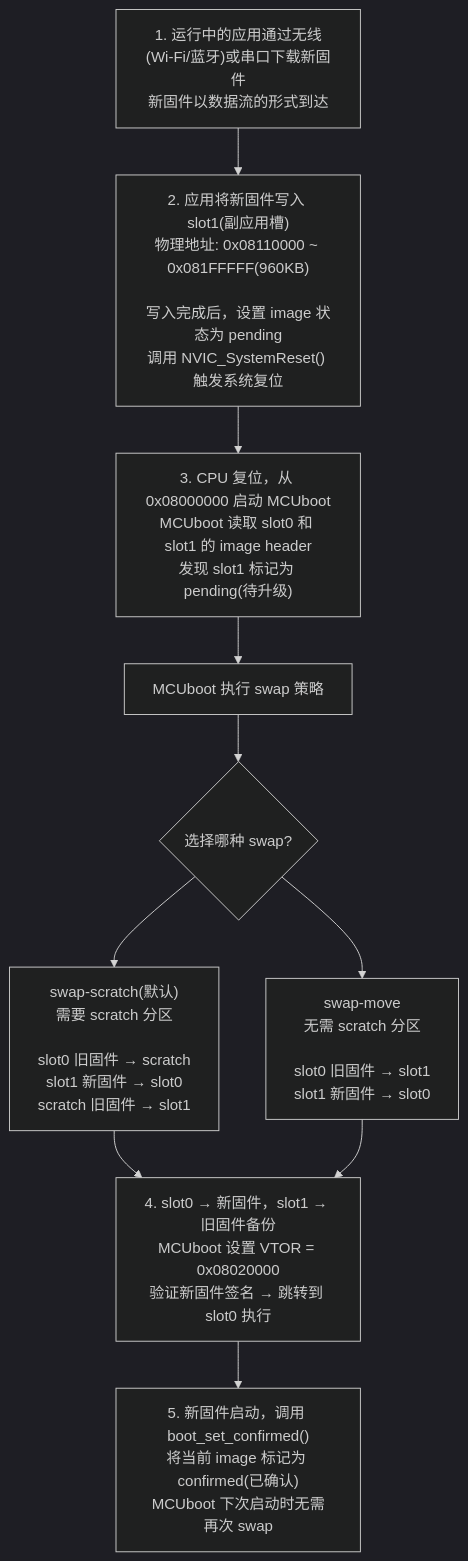
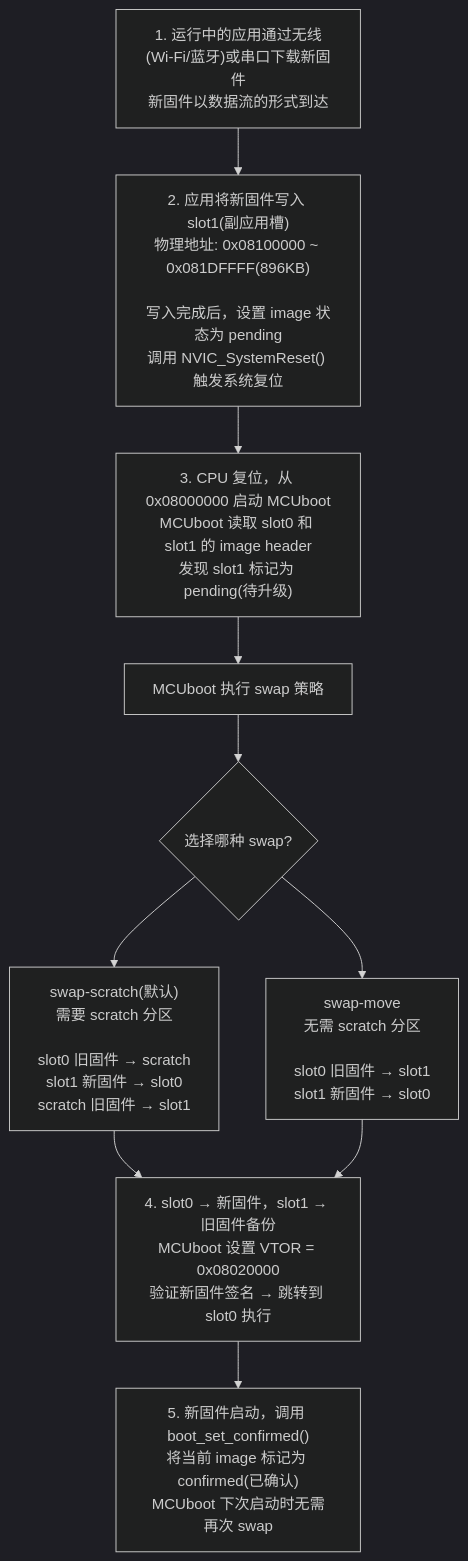
The fifth of 6 diagrams in app95_bootloader/README.md (kdurant/zephyr_stm32h743), drawn with Mermaid (dark theme) before and after one commit. The commit also changed other lines of this file and 3 other files, not shown here.

````diff
--- a/app95_bootloader/README.md
+++ b/app95_bootloader/README.md
@@ -150,13 +187,13 @@
 ```mermaid
 flowchart TB
     A["1. 运行中的应用通过无线(Wi-Fi/蓝牙)或串口下载新固件<br/>新固件以数据流的形式到达"] --> B
-    B["2. 应用将新固件写入 slot1(副应用槽)<br/>物理地址: 0x08110000 ~ 0x081FFFFF(960KB)<br/><br/>写入完成后，设置 image 状态为 pending<br/>调用 NVIC_SystemReset() 触发系统复位"] --> C
+    B["2. 应用将新固件写入 slot1(副应用槽)<br/>物理地址: 0x08100000 ~ 0x081DFFFF(896KB)<br/><br/>写入完成后，设置 image 状态为 pending<br/>调用 NVIC_SystemReset() 触发系统复位"] --> C
     C["3. CPU 复位，从 0x08000000 启动 MCUboot<br/>MCUboot 读取 slot0 和 slot1 的 image header<br/>发现 slot1 标记为 pending(待升级)"] --> D
     D["MCUboot 执行 swap 策略"] --> E{选择哪种 swap?}
     E --> F["swap-scratch(默认)<br/>需要 scratch 分区<br/><br/>slot0 旧固件 → scratch<br/>slot1 新固件 → slot0<br/>scratch 旧固件 → slot1"]
     E --> G["swap-move<br/>无需 scratch 分区<br/><br/>slot0 旧固件 → slot1<br/>slot1 新固件 → slot0"]
     F --> H
     G --> H
     H["4. slot0 → 新固件，slot1 → 旧固件备份<br/>MCUboot 设置 VTOR = 0x08020000<br/>验证新固件签名 → 跳转到 slot0 执行"] --> I
     I["5. 新固件启动，调用 boot_set_confirmed()<br/>将当前 image 标记为 confirmed(已确认)<br/>MCUboot 下次启动时无需再次 swap"]
 ```
````
